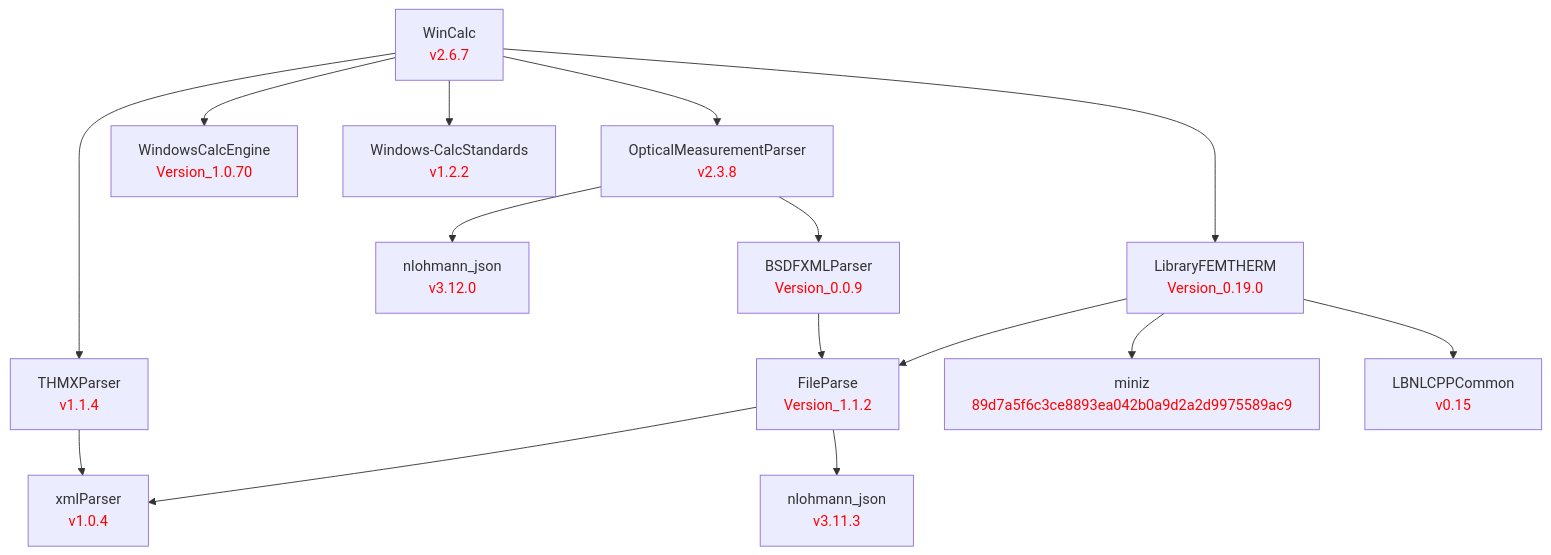
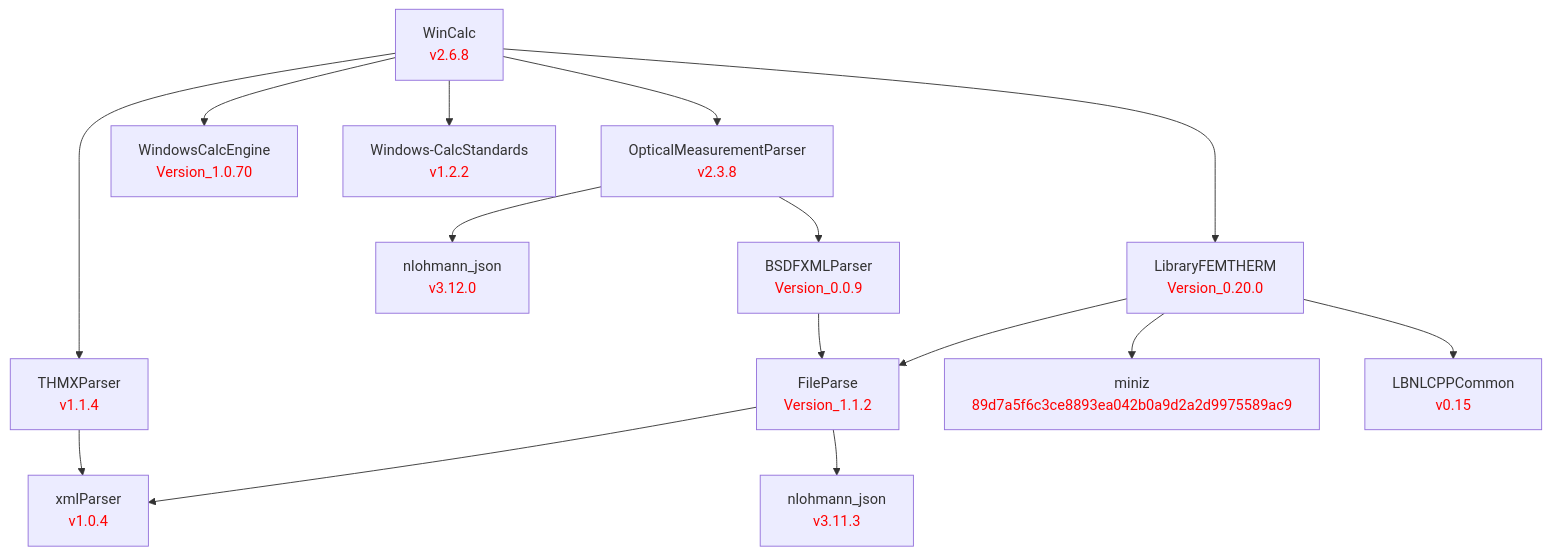
The diagram in doc/WinCalc.md (LBNL-ETA/WinCalc), drawn with Mermaid before and after one commit. The commit also changed 1 other file, not shown here.

Commit message:
Bump to v2.6.8 with LibraryFEMTherm Version_0.20.0
Picks up LibraryFEMTherm 0.20.0 (gasketMaterials field for
ANSI/NFRC 500-2023 Condensation Index, zip path-separator fix on
Windows). Also drops the LBNLCPPCommon_Branch fallback now that
0.20.0 exports the property directly.

````diff
--- a/doc/WinCalc.md
+++ b/doc/WinCalc.md
@@ -1,49 +1,49 @@
 ```mermaid
 graph TD
     %% Level 0
-    WinCalc[WinCalc<br/><font color='red'>v2.6.7</font>]
+    WinCalc[WinCalc<br/><font color='red'>v2.6.8</font>]
 
     %% Level 1 - direct dependencies
     OpticalMeasurementParser[OpticalMeasurementParser<br/><font color='red'>v2.3.8</font>]
     THMXParser[THMXParser<br/><font color='red'>v1.1.4</font>]
     WindowsCalcEngine[WindowsCalcEngine<br/><font color='red'>Version_1.0.70</font>]
     Windows-CalcStandards[Windows-CalcStandards<br/><font color='red'>v1.2.2</font>]
-    LibraryFEMTHERM[LibraryFEMTHERM<br/><font color='red'>Version_0.19.0</font>]
+    LibraryFEMTHERM[LibraryFEMTHERM<br/><font color='red'>Version_0.20.0</font>]
 
     %% Level 2
     nlohmann_omp[nlohmann_json<br/><font color='red'>v3.12.0</font>]
     BSDFXMLParser[BSDFXMLParser<br/><font color='red'>Version_0.0.9</font>]
     FileParse[FileParse<br/><font color='red'>Version_1.1.2</font>]
     miniz[miniz<br/><font color='red'>89d7a5f6c3ce8893ea042b0a9d2a2d9975589ac9</font>]
     LBNLCPPCommon[LBNLCPPCommon<br/><font color='red'>v0.15</font>]
 
     %% Level 3
     xmlParser[xmlParser<br/><font color='red'>v1.0.4</font>]
     nlohmann_fp[nlohmann_json<br/><font color='red'>v3.11.3</font>]
 
     %% WinCalc dependencies
     WinCalc --> OpticalMeasurementParser
     WinCalc --> THMXParser
     WinCalc --> WindowsCalcEngine
     WinCalc --> Windows-CalcStandards
     WinCalc --> LibraryFEMTHERM
 
     %% OpticalMeasurementParser dependencies
     OpticalMeasurementParser --> nlohmann_omp
     OpticalMeasurementParser --> BSDFXMLParser
 
     %% LibraryFEMTHERM dependencies
     LibraryFEMTHERM --> FileParse
     LibraryFEMTHERM --> miniz
     LibraryFEMTHERM --> LBNLCPPCommon
 
     %% BSDFXMLParser dependencies
     BSDFXMLParser --> FileParse
 
     %% FileParse dependencies
     FileParse --> xmlParser
     FileParse --> nlohmann_fp
 
     %% THMXParser dependencies
     THMXParser --> xmlParser
 ```
````
